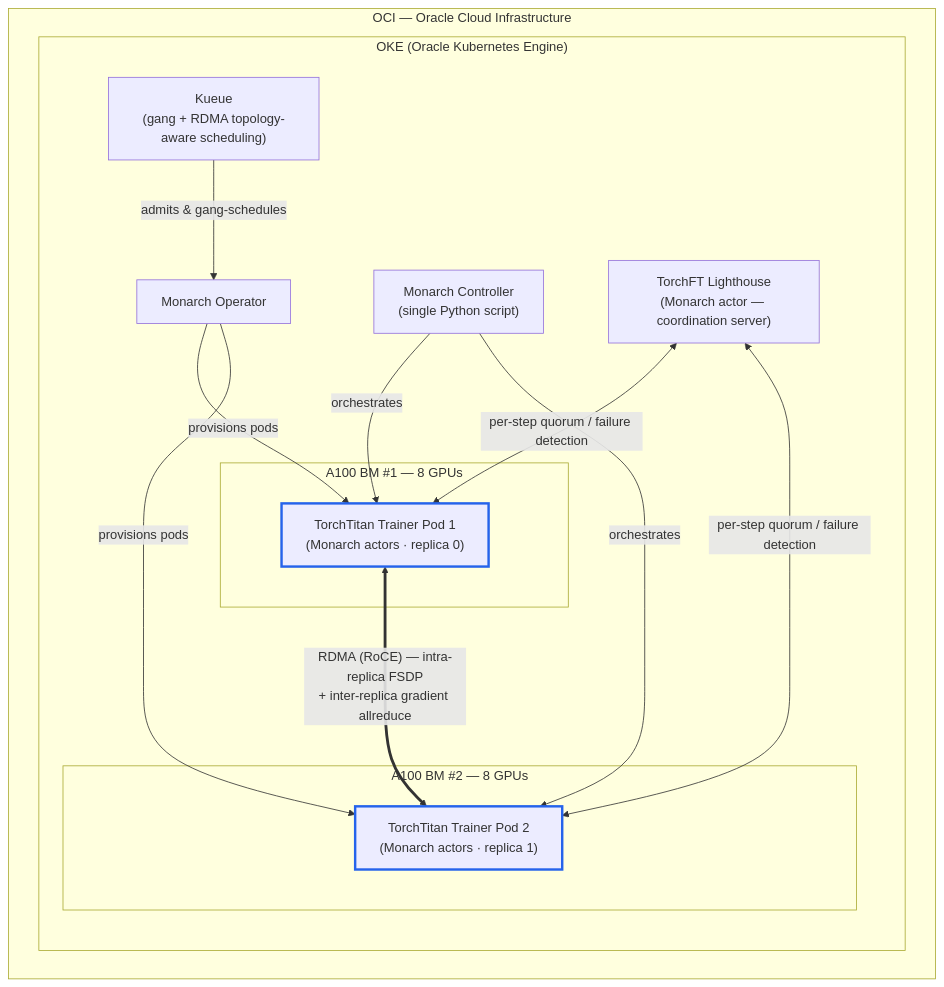
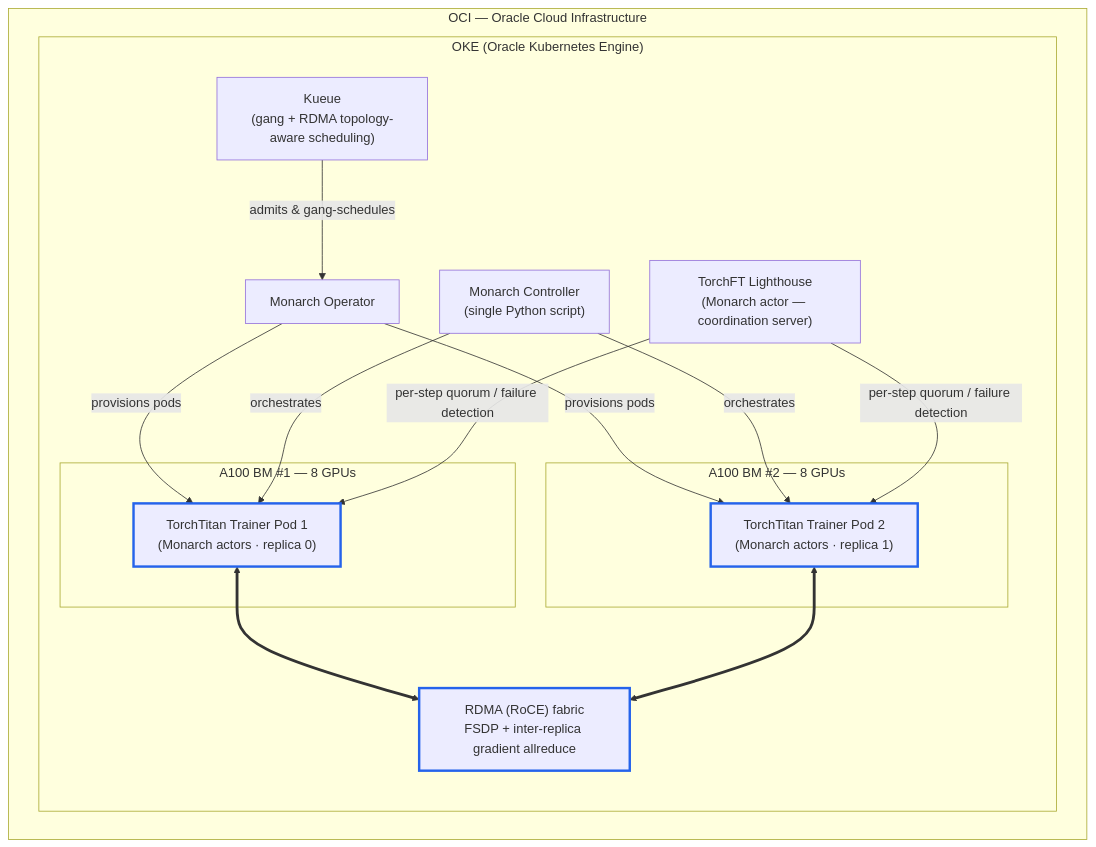
The diagram in README.md (oci-ai-incubations/monarch-recipe-bp), drawn with Mermaid before and after one commit. The commit also changed other lines of this file, not shown here.

Commit message:
Diagram adjusted to be more symmetric

````diff
--- a/README.md
+++ b/README.md
@@ -101,33 +101,36 @@
 ```mermaid
 flowchart TB
     subgraph OCI["OCI — Oracle Cloud Infrastructure"]
         subgraph OKE["OKE (Oracle Kubernetes Engine)"]
             Kueue["Kueue<br/>(gang + RDMA topology-aware scheduling)"]
             Operator["Monarch Operator"]
             Controller["Monarch Controller<br/>(single Python script)"]
             LH["TorchFT Lighthouse<br/>(Monarch actor — coordination server)"]
 
             subgraph BM1["A100 BM #1 — 8 GPUs"]
                 Pod1["TorchTitan Trainer Pod 1<br/>(Monarch actors · replica 0)"]
             end
 
             subgraph BM2["A100 BM #2 — 8 GPUs"]
                 Pod2["TorchTitan Trainer Pod 2<br/>(Monarch actors · replica 1)"]
             end
+
+            Fabric["RDMA (RoCE) fabric<br/>FSDP + inter-replica gradient allreduce"]
         end
     end
 
     Kueue -->|admits & gang-schedules| Operator
     Operator -->|provisions pods| Pod1
     Operator -->|provisions pods| Pod2
     Controller -->|orchestrates| Pod1
     Controller -->|orchestrates| Pod2
 
-    LH <-->|per-step quorum / failure detection| Pod1
-    LH <-->|per-step quorum / failure detection| Pod2
+    LH -->|per-step quorum / failure detection| Pod1
+    LH -->|per-step quorum / failure detection| Pod2
 
-    Pod1 <==>|"RDMA (RoCE) — intra-replica FSDP<br/>+ inter-replica gradient allreduce"| Pod2
+    Pod1 <==> Fabric
+    Pod2 <==> Fabric
 
     classDef rdma stroke:#2563eb,stroke-width:3px;
-    class Pod1,Pod2 rdma;
+    class Pod1,Pod2,Fabric rdma;
 ```
````
